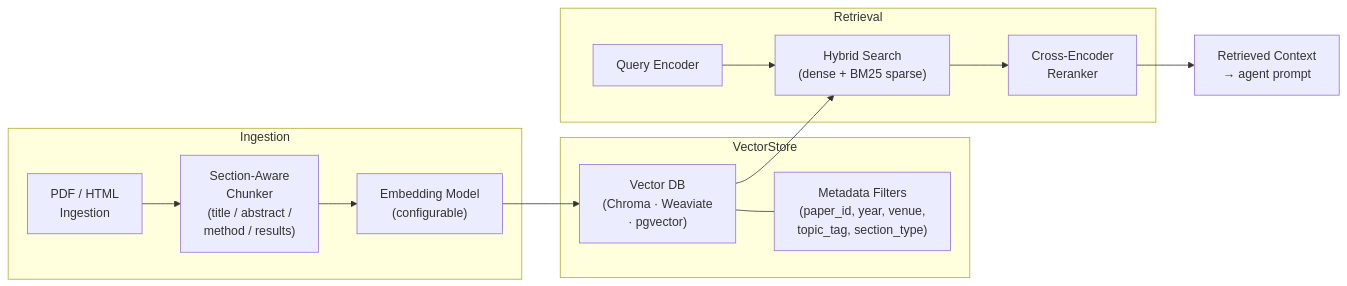
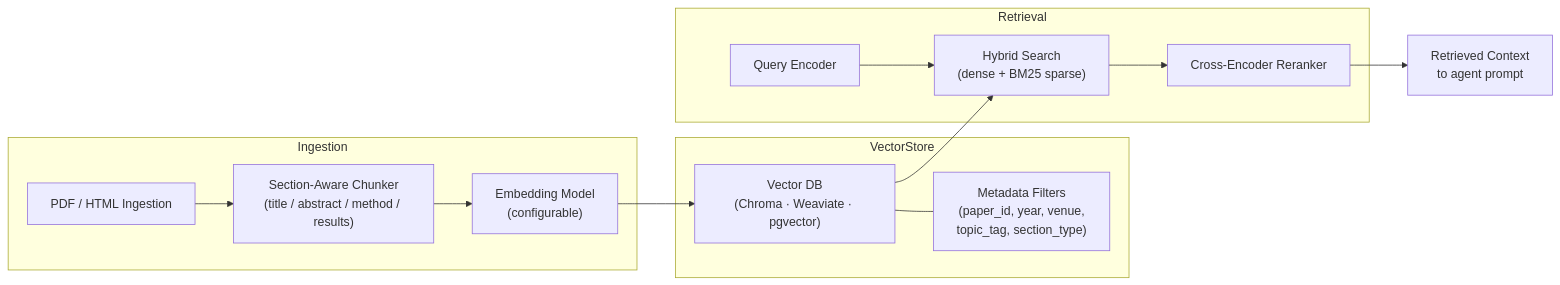
One commit to vegitableoil/my-research-agent changed the seventh of 8 diagrams in ARCHITECTURE.md. Above: the diagram before and after it, drawn with Mermaid. The commit also changed other lines of this file, not shown here.

First line of the commit message:
Fix Mermaid parse errors in ARCHITECTURE.md

````diff
--- a/ARCHITECTURE.md
+++ b/ARCHITECTURE.md
@@ -309,26 +309,26 @@
 ```mermaid
 flowchart LR
     subgraph Ingestion
-        PDF_IN["PDF / HTML\nIngestion"]
-        SECTION["Section-Aware\nChunker\n(title / abstract /\nmethod / results)"]
-        EMB_MDL["Embedding Model\n(configurable)"]
+        PDF_IN["PDF / HTML Ingestion"]
+        SECTION["Section-Aware Chunker<br/>(title / abstract / method / results)"]
+        EMB_MDL["Embedding Model<br/>(configurable)"]
         PDF_IN --> SECTION --> EMB_MDL
     end
 
     subgraph VectorStore
-        VDB["Vector DB\n(Chroma · Weaviate\n· pgvector)"]
-        META["Metadata Filters\n(paper_id, year, venue,\ntopic_tag, section_type)"]
+        VDB["Vector DB<br/>(Chroma · Weaviate · pgvector)"]
+        META["Metadata Filters<br/>(paper_id, year, venue,<br/>topic_tag, section_type)"]
         VDB --- META
     end
 
     subgraph Retrieval
         QUERY["Query Encoder"]
-        HYBRID["Hybrid Search\n(dense + BM25 sparse)"]
-        RERANK["Cross-Encoder\nReranker"]
+        HYBRID["Hybrid Search<br/>(dense + BM25 sparse)"]
+        RERANK["Cross-Encoder Reranker"]
         QUERY --> HYBRID --> RERANK
     end
 
     EMB_MDL --> VDB
     VDB --> HYBRID
-    RERANK --> CONTEXT["Retrieved Context\n→ agent prompt"]
+    RERANK --> CONTEXT["Retrieved Context<br/>to agent prompt"]
 ```
````
